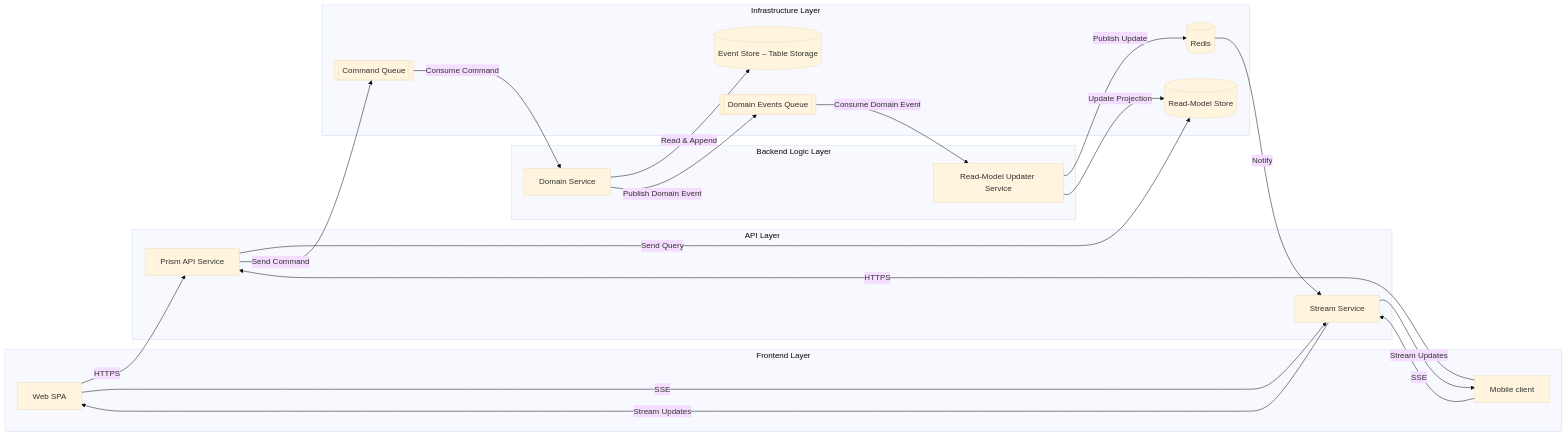
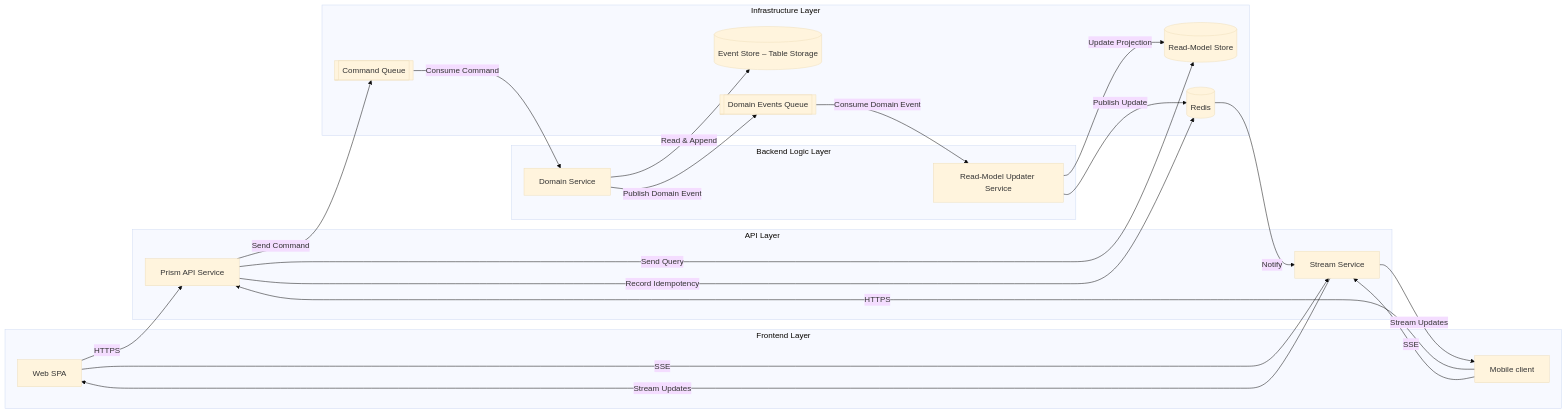
Before and after one commit to MisterVVP/prism-plan: the diagram in docs/es_design.md, drawn with Mermaid (base theme). The commit also changed other lines of this file and 9 other files, not shown here.

````diff
--- a/docs/es_design.md
+++ b/docs/es_design.md
@@ -9,46 +9,47 @@
 ```mermaid
 flowchart LR
   %% ─── Frontend ───────────────────
   subgraph FE_LAYER ["Frontend Layer"]
     WFE[Web SPA]
     MFE[Mobile client]
   end
 
   %% ─── API ────────────────────────
   subgraph API_LAYER ["API Layer"]
     API[Prism API Service]
     SS[Stream Service]
   end
 
   %% ─── Backend Logic ──────────────
   subgraph BL_LAYER ["Backend Logic Layer"]
     DS[Domain Service]
     RMU[Read-Model Updater Service]
   end
 
   %% ─── Infrastructure ────────────
   subgraph INFRA_LAYER ["Infrastructure Layer"]
     CQ[[Command Queue]]
     ES[(Event Store – Table Storage)]
     DEQ[[Domain Events Queue]]
     RM[(Read-Model Store)]
     RS[(Redis)]
   end
 
   %% ─── Flows ─────────────────────
   MFE -->|HTTPS| API
   WFE -->|HTTPS| API
   MFE -->|SSE| SS
   WFE -->|SSE| SS
   SS -->|Stream Updates| MFE
   SS -->|Stream Updates| WFE
   RMU -->|Publish Update| RS
   RS -->|Notify| SS
   API -->|Send Query| RM
+  API -->|Record Idempotency| RS
   API -->|Send Command| CQ
   CQ -->|Consume Command| DS
   DS -->|Read &amp; Append| ES
   DS -->|Publish Domain Event| DEQ
   DEQ -->|Consume Domain Event| RMU
   RMU -->|Update Projection| RM
 ```
````
